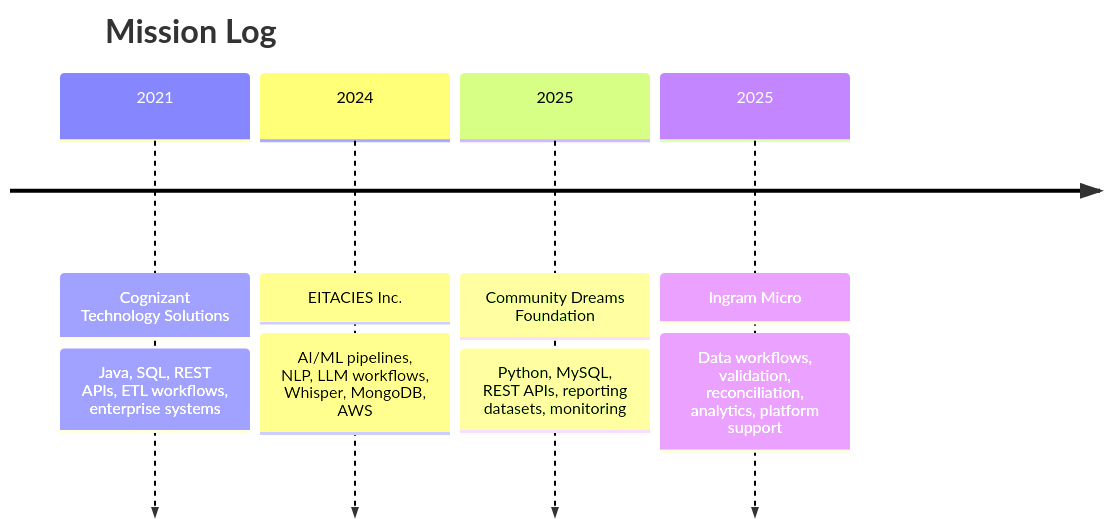
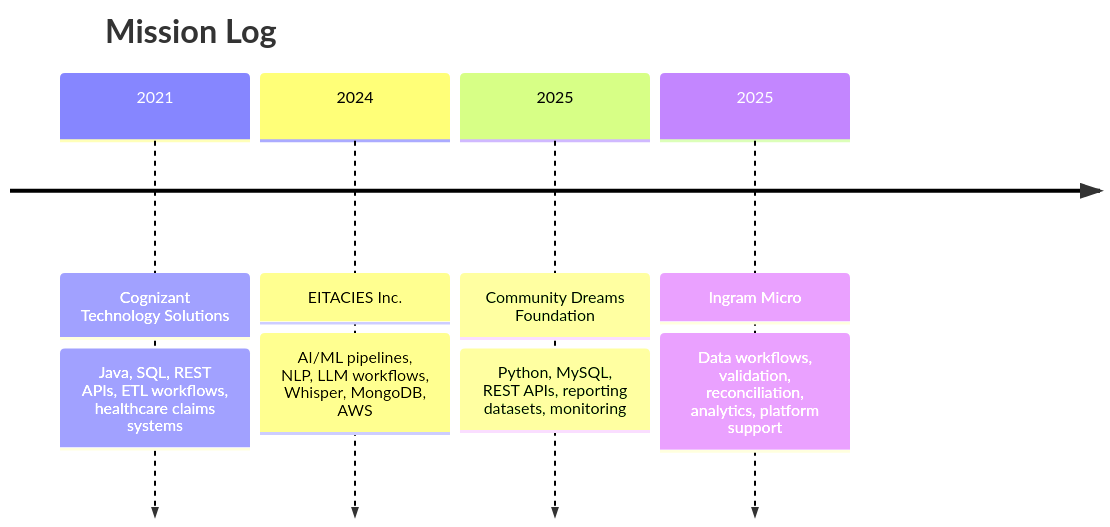
The diagram in README.md (pvssunilbhattar/pvssunilbhattar), drawn with Mermaid before and after one commit. The commit also changed other lines of this file, not shown here.

````diff
--- a/README.md
+++ b/README.md
@@ -105,12 +133,12 @@
 ```mermaid
 timeline
     title Mission Log
     2021 : Cognizant Technology Solutions
-         : Java, SQL, REST APIs, ETL workflows, enterprise systems
+         : Java, SQL, REST APIs, ETL workflows, healthcare claims systems
     2024 : EITACIES Inc.
          : AI/ML pipelines, NLP, LLM workflows, Whisper, MongoDB, AWS
     2025 : Community Dreams Foundation
          : Python, MySQL, REST APIs, reporting datasets, monitoring
     2025 : Ingram Micro
          : Data workflows, validation, reconciliation, analytics, platform support
 ```
````
